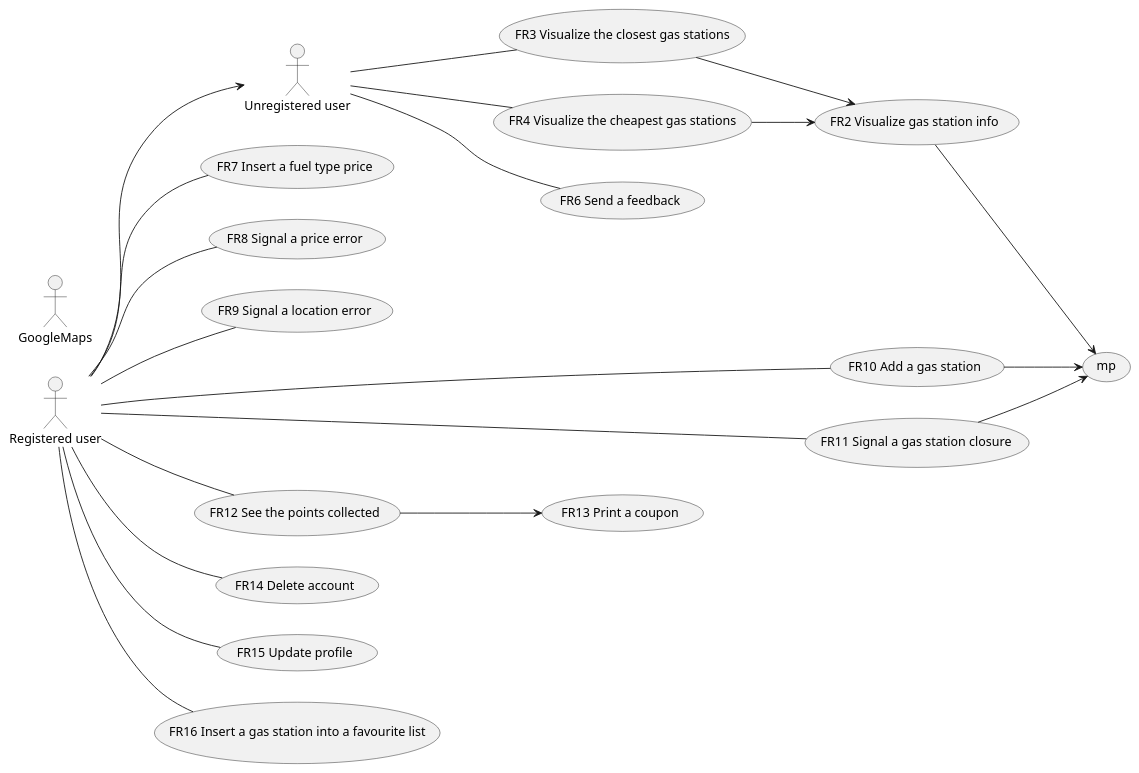
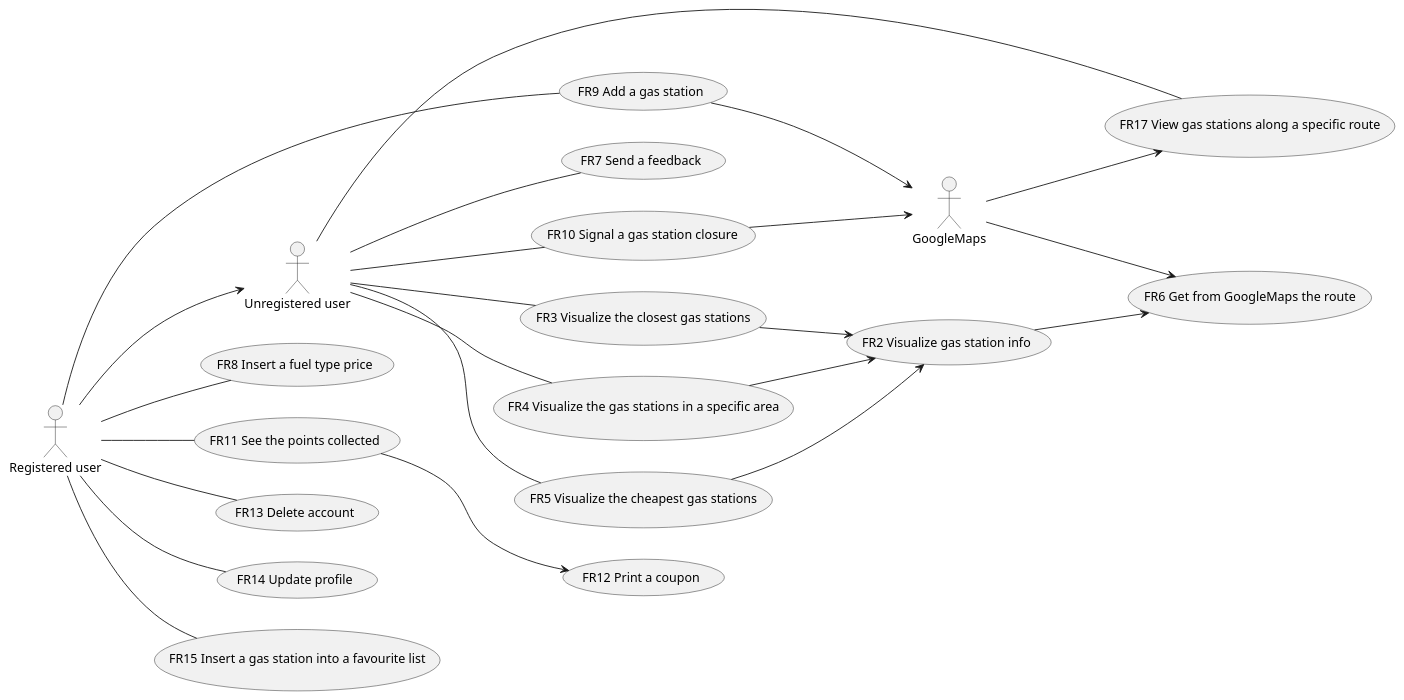
Before and after one commit to CangaRouter/ExGas: the second of 5 diagrams in docs/RequirementsDocument.md, drawn with PlantUML. The commit also changed other lines of this file, not shown here.

Commit message:
docs: uc diagram fixed

````diff
--- a/docs/RequirementsDocument.md
+++ b/docs/RequirementsDocument.md
@@ -167,25 +167,28 @@
 ```plantuml
 left to right direction
 actor "Registered user" as ru
 actor "Unregistered user" as uu
 actor GoogleMaps as gm
 uu -- (FR3 Visualize the closest gas stations)
-uu -- (FR4 Visualize the cheapest gas stations)
+uu -- (FR4 Visualize the gas stations in a specific area)
+uu -- (FR5 Visualize the cheapest gas stations)
 (FR3 Visualize the closest gas stations) --> (FR2 Visualize gas station info)
-(FR4 Visualize the cheapest gas stations) --> (FR2 Visualize gas station info)
-(FR2 Visualize gas station info) --> (mp)
-uu -- (FR6 Send a feedback)
+(FR4 Visualize the gas stations in a specific area) --> (FR2 Visualize gas station info)
+(FR5 Visualize the cheapest gas stations) --> (FR2 Visualize gas station info)
+(FR2 Visualize gas station info) --> (FR6 Get from GoogleMaps the route)
+(gm) --> (FR6 Get from GoogleMaps the route)
+uu -- (FR7 Send a feedback)
+uu -- (FR10 Signal a gas station closure)
+(FR10 Signal a gas station closure) --> (gm)
+uu -- (FR17 View gas stations along a specific route)
+(gm) --> (FR17 View gas stations along a specific route)
 ru --> uu
-ru -- (FR7 Insert a fuel type price)
-ru -- (FR8 Signal a price error)
-ru -- (FR9 Signal a location error)
-ru -- (FR10 Add a gas station)
-ru -- (FR11 Signal a gas station closure)
-ru -- (FR12 See the points collected)
-(FR12 See the points collected) --> (FR13 Print a coupon)
-ru -- (FR14 Delete account)
-ru -- (FR15 Update profile)
-ru -- (FR16 Insert a gas station into a favourite list)
-(FR10 Add a gas station) --> (mp)
-(FR11 Signal a gas station closure) --> (mp)
+ru -- (FR8 Insert a fuel type price)
+ru -- (FR9 Add a gas station)
+(FR9 Add a gas station) --> (gm)
+ru -- (FR11 See the points collected)
+(FR11 See the points collected) --> (FR12 Print a coupon)
+ru -- (FR13 Delete account)
+ru -- (FR14 Update profile)
+ru -- (FR15 Insert a gas station into a favourite list)
 ```
````
